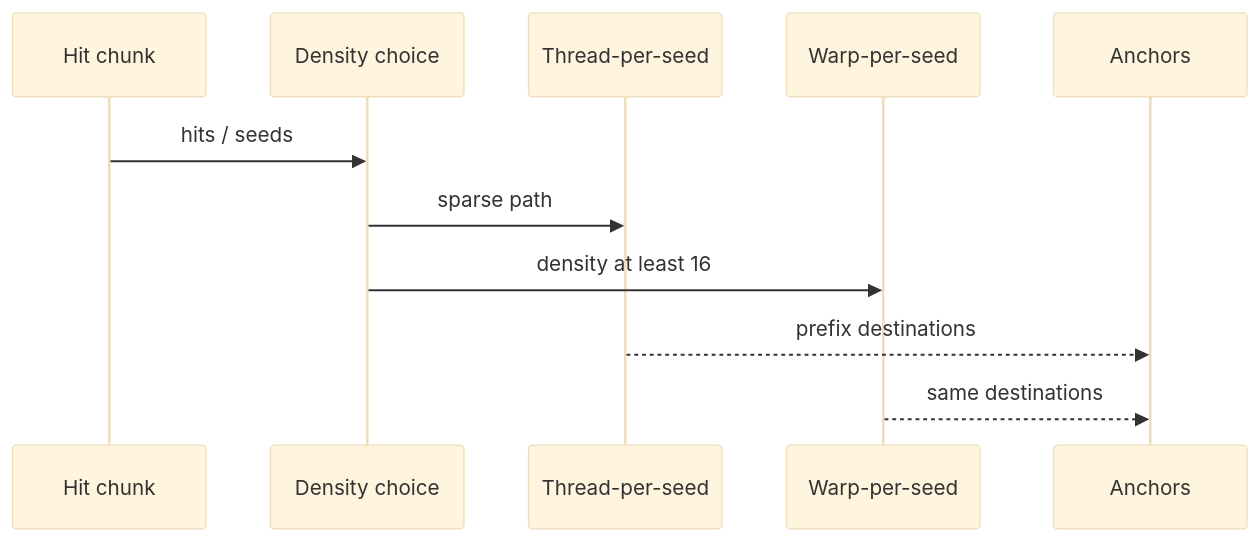
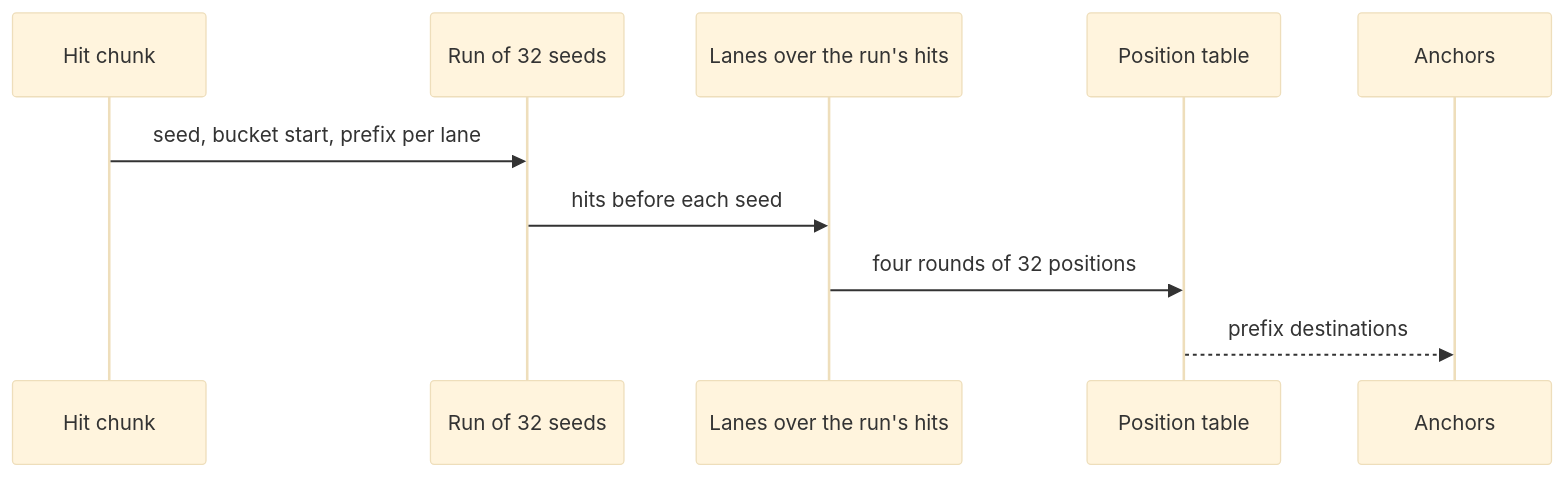
The fourth of 5 diagrams in docs/src/journeys/hit-discovery.md (hillerlab/hspZ), drawn with Mermaid (base theme) before and after one commit. The commit also changed other lines of this file and 3 other files, not shown here.

````diff
--- a/docs/src/journeys/hit-discovery.md
+++ b/docs/src/journeys/hit-discovery.md
@@ -75,13 +75,12 @@
 ```mermaid
 sequenceDiagram
     participant C as Hit chunk
-    participant M as Density choice
-    participant T as Thread-per-seed
-    participant W as Warp-per-seed
+    participant R as Run of 32 seeds
+    participant L as Lanes over the run's hits
+    participant P as Position table
     participant A as Anchors
-    C->>M: hits / seeds
-    M->>T: sparse path
-    M->>W: density at least 16
-    T-->>A: prefix destinations
-    W-->>A: same destinations
+    C->>R: seed, bucket start, prefix per lane
+    R->>L: hits before each seed
+    L->>P: four rounds of 32 positions
+    P-->>A: prefix destinations
 ```
````
